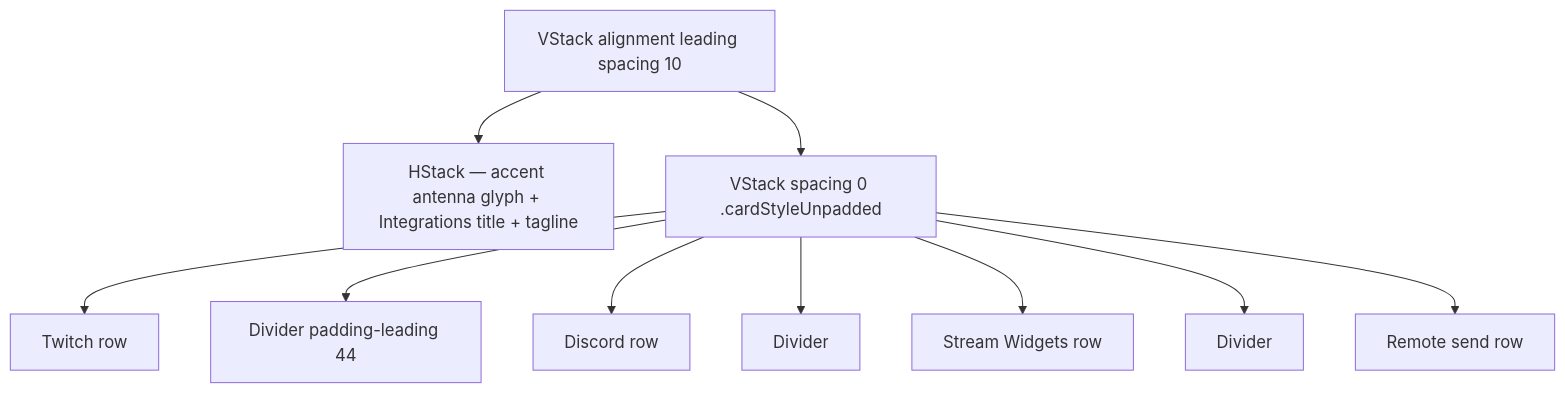
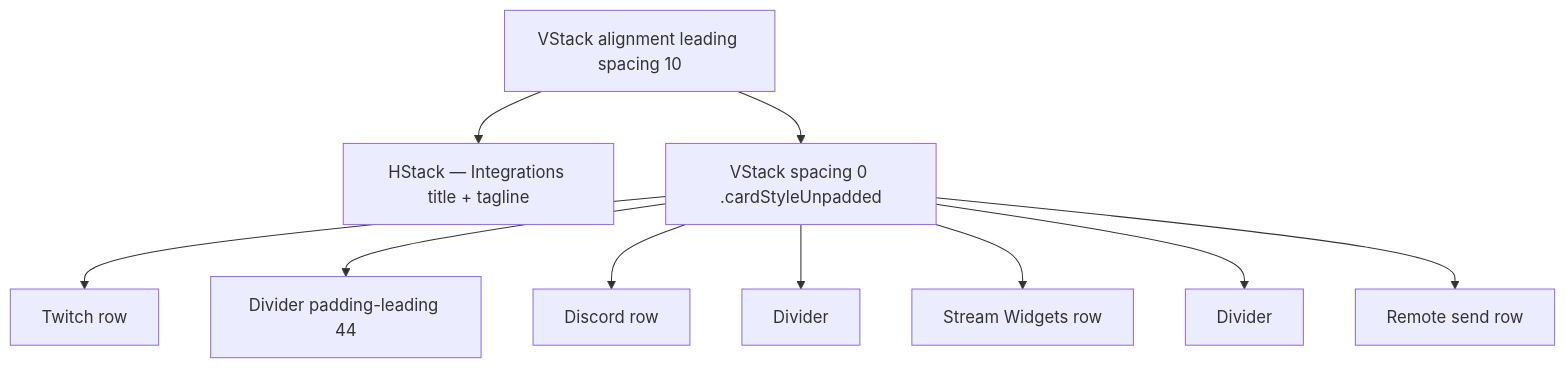
The first of 2 diagrams in design-system/components/integration-dashboard-view.md (MrDemonWolf/WolfWave), drawn with Mermaid before and after one commit. The commit also changed other lines of this file and 5 other files, not shown here.

````diff
--- a/design-system/components/integration-dashboard-view.md
+++ b/design-system/components/integration-dashboard-view.md
@@ -48,12 +48,12 @@
 ```mermaid
 graph TB
-  Dashboard[VStack alignment leading spacing 10] --> Header[HStack — accent antenna glyph + Integrations title + tagline]
+  Dashboard[VStack alignment leading spacing 10] --> Header[HStack — Integrations title + tagline]
   Dashboard --> Card[VStack spacing 0 .cardStyleUnpadded]
   Card --> Row1[Twitch row]
   Card --> Div1[Divider padding-leading 44]
   Card --> Row2[Discord row]
   Card --> Div2[Divider]
   Card --> Row3[Stream Widgets row]
   Card --> Div3[Divider]
   Card --> Row4[Remote send row]
 ```
````
